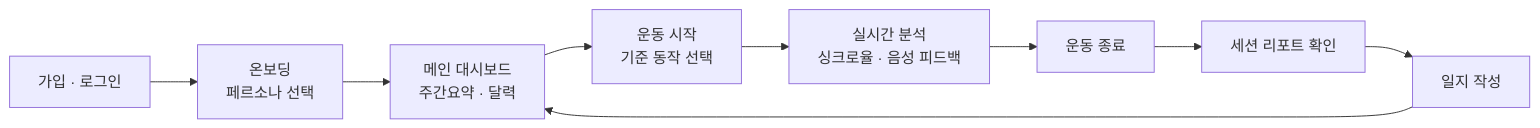
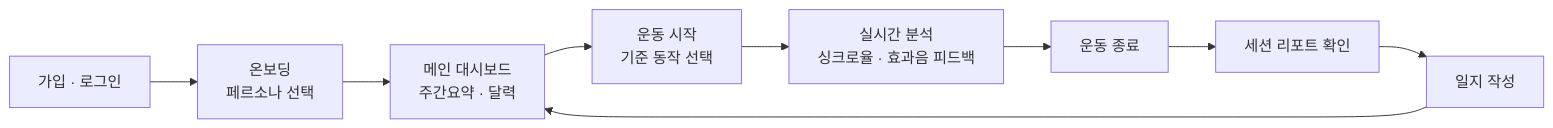
One commit to Shadowfit/init changed the first of 2 diagrams in frontend/README.md. Above: the diagram before and after it, drawn with Mermaid. The commit also changed other lines of this file and 13 other files, not shown here.

First line of the commit message:
feat(app): 운동 중 효과음(비프) 피드백 — 마이페이지의 «음성 안내» 설정이 아무 소리도 안 내던 것을 고친다

````diff
--- a/frontend/README.md
+++ b/frontend/README.md
@@ -19,11 +19,11 @@
 ```mermaid
 flowchart LR
     A["가입 · 로그인"] --> B["온보딩<br/>페르소나 선택"]
     B --> C["메인 대시보드<br/>주간요약 · 달력"]
     C --> D["운동 시작<br/>기준 동작 선택"]
-    D --> E["실시간 분석<br/>싱크로율 · 음성 피드백"]
+    D --> E["실시간 분석<br/>싱크로율 · 효과음 피드백"]
     E --> F["운동 종료"]
     F --> G["세션 리포트 확인"]
     G --> H["일지 작성"]
     H --> C
 ```
````
